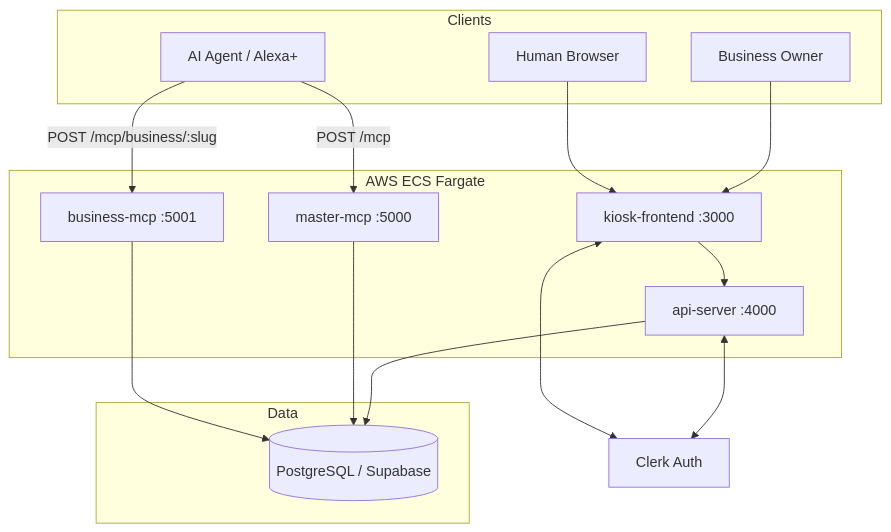
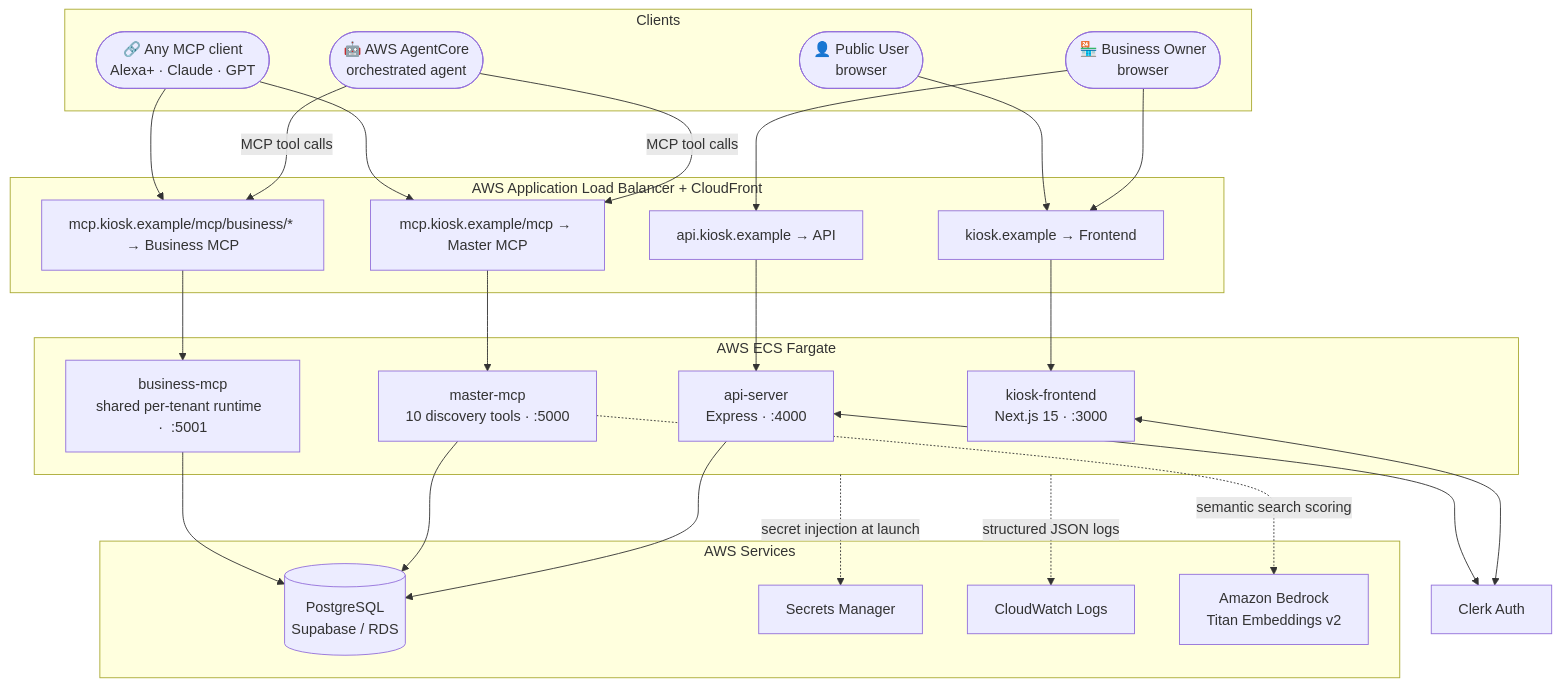
One commit to De-real-iManuel/Kiosk-mcp changed the second of 8 diagrams in docs/architecture.md. Above: the diagram before and after it, drawn with Mermaid. The commit also changed other lines of this file and 5 other files, not shown here.

Commit message:
docs: document Kiosk agent infrastructure

````diff
--- a/docs/architecture.md
+++ b/docs/architecture.md
@@ -20,28 +29,49 @@
 ```mermaid
-graph TB
+flowchart TB
     subgraph Clients
-        BO[Business Owner]
-        AI[AI Agent / Alexa+]
-        HU[Human Browser]
+        BO(["🏪 Business Owner\nbrowser"])
+        AGENTCORE(["🤖 AWS AgentCore\norchestrated agent"])
+        AI(["🔗 Any MCP client\nAlexa+ · Claude · GPT"])
+        HU(["👤 Public User\nbrowser"])
     end
 
-    subgraph AWS ECS Fargate
-        FE[kiosk-frontend :3000]
-        API[api-server :4000]
-        MMCP[master-mcp :5000]
-        BMCP[business-mcp :5001]
+    subgraph AWS_ALB["AWS Application Load Balancer + CloudFront"]
+        R1["kiosk.example → Frontend"]
+        R2["api.kiosk.example → API"]
+        R3["mcp.kiosk.example/mcp → Master MCP"]
+        R4["mcp.kiosk.example/mcp/business/* → Business MCP"]
     end
 
-    subgraph Data
-        DB[(PostgreSQL / Supabase)]
+    subgraph ECS["AWS ECS Fargate"]
+        FE["kiosk-frontend\nNext.js 15  ·  :3000"]
+        API["api-server\nExpress  ·  :4000"]
+        MMCP["master-mcp\n10 discovery tools  ·  :5000"]
+        BMCP["business-mcp\nshared per-tenant runtime  ·  :5001"]
     end
 
-    CLERK[Clerk Auth]
+    subgraph AWS_Services["AWS Services"]
+        DB[("PostgreSQL\nSupabase / RDS")]
+        SM["Secrets Manager"]
+        CW["CloudWatch Logs"]
+        BR["Amazon Bedrock\nTitan Embeddings v2"]
+    end
 
-    BO --> FE --> API --> DB
-    AI -->|POST /mcp| MMCP --> DB
-    AI -->|POST /mcp/business/:slug| BMCP --> DB
+    CLERK["Clerk Auth"]
+
+    BO --> R1 --> FE
+    HU --> R1
+    BO --> R2 --> API
+    AGENTCORE -->|"MCP tool calls"| R3 --> MMCP
+    AGENTCORE -->|"MCP tool calls"| R4 --> BMCP
+    AI --> R3
+    AI --> R4
+
+    FE <--> CLERK
     API <--> CLERK
-    FE <--> CLERK
-    HU --> FE
+    API --> DB
+    MMCP --> DB
+    MMCP -.->|"semantic search scoring"| BR
+    BMCP --> DB
+    ECS -.->|"secret injection at launch"| SM
+    ECS -.->|"structured JSON logs"| CW
 ```
````
